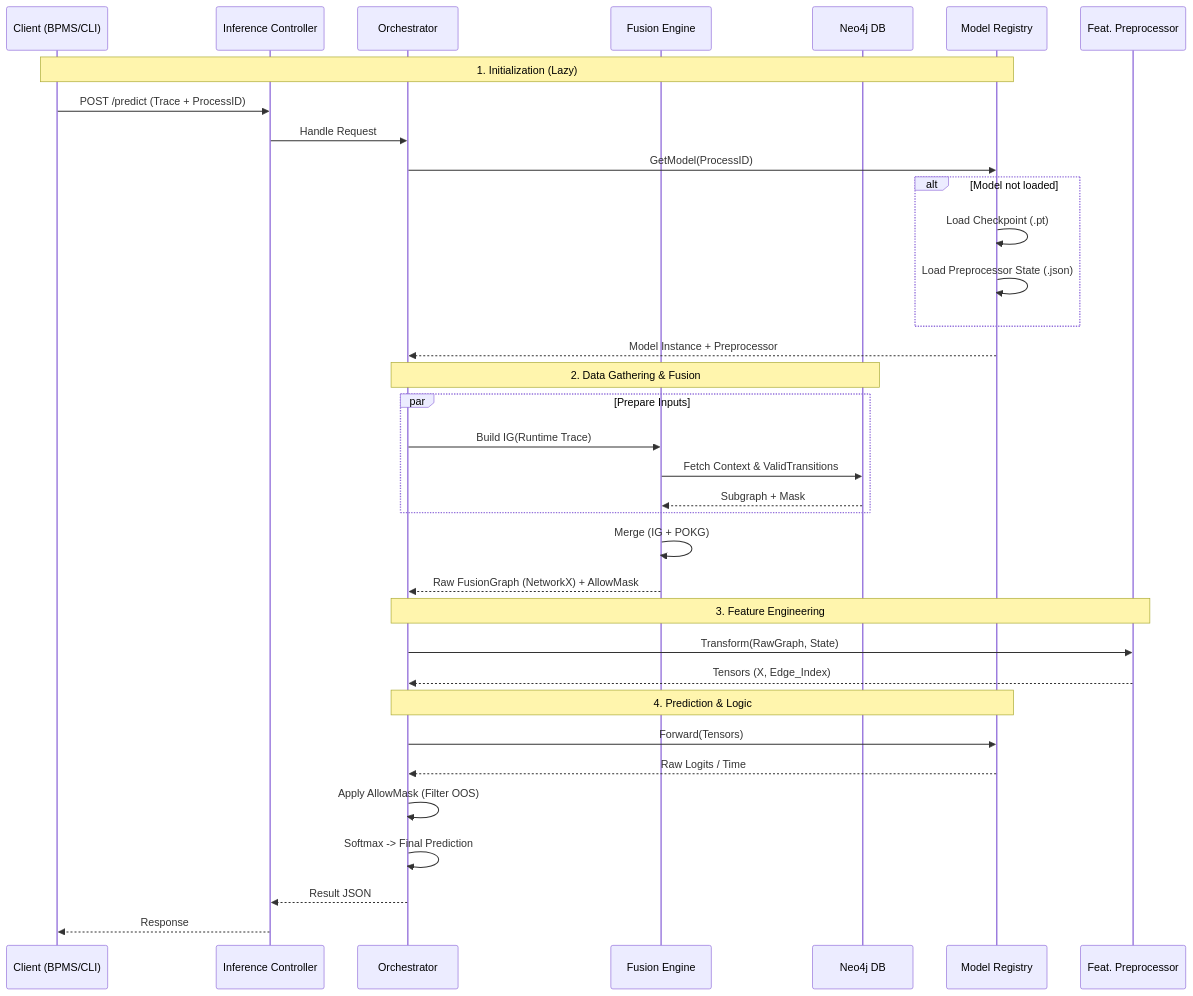
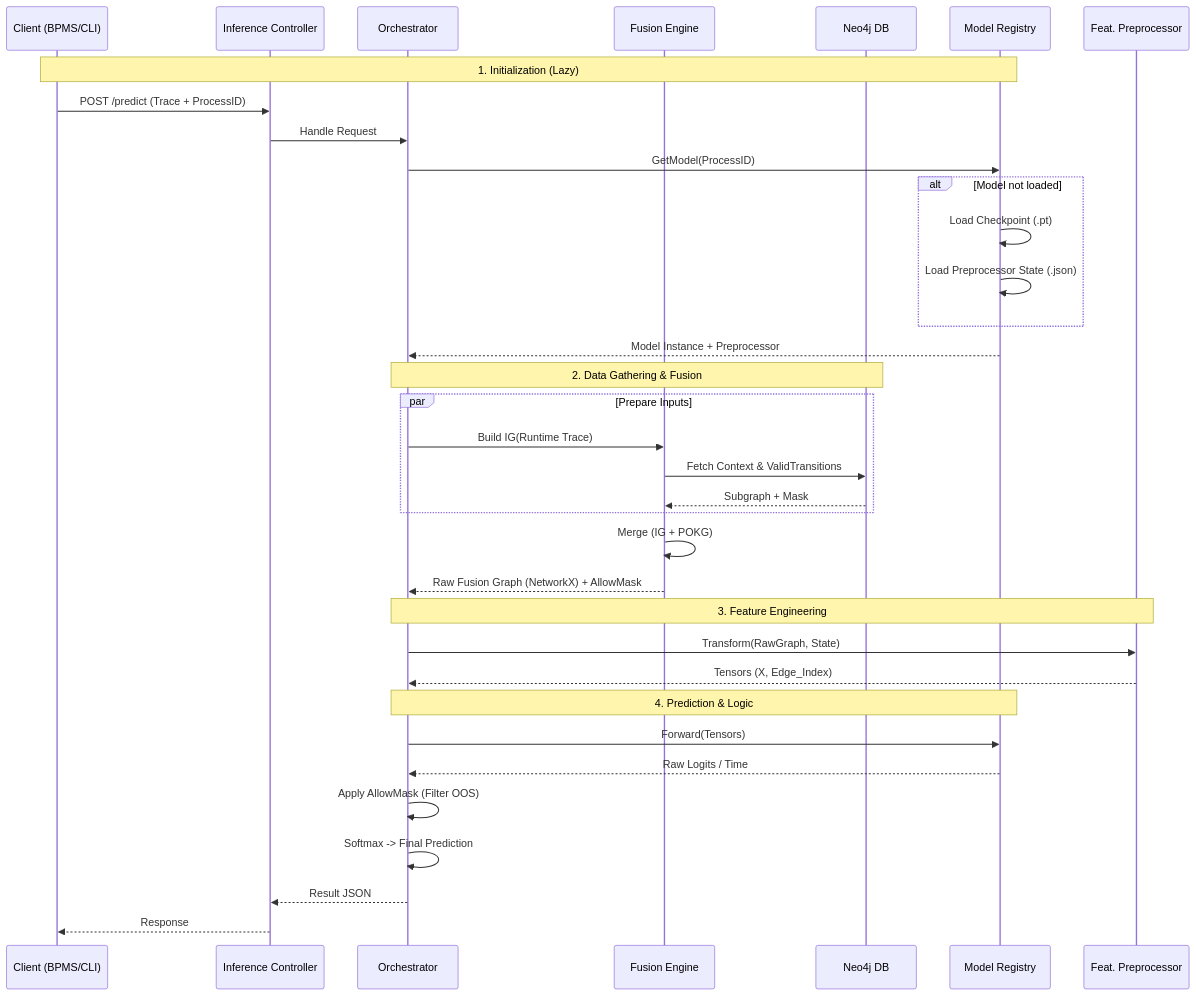
Before and after one commit to ghsrg/bpm_prediction: the second of 2 diagrams in ARCHITECTURE.MD, drawn with Mermaid. The commit also changed 4 other files, not shown here.

````diff
--- a/ARCHITECTURE.MD
+++ b/ARCHITECTURE.MD
@@ -158,45 +158,45 @@
 ```mermaid
 sequenceDiagram
     participant Client as Client (BPMS/CLI)
     participant Ctrl as Inference Controller
     participant Orch as Orchestrator
     participant Fusion as Fusion Engine
     participant Neo4j as Neo4j DB
     participant Reg as Model Registry
     participant Feat as Feat. Preprocessor
 
     Note over Client, Reg: 1. Initialization (Lazy)
     Client->>Ctrl: POST /predict (Trace + ProcessID)
     Ctrl->>Orch: Handle Request
     
     Orch->>Reg: GetModel(ProcessID)
     alt Model not loaded
         Reg->>Reg: Load Checkpoint (.pt)
         Reg->>Reg: Load Preprocessor State (.json)
     end
     Reg-->>Orch: Model Instance + Preprocessor
     
     Note over Orch, Neo4j: 2. Data Gathering & Fusion
     par Prepare Inputs
         Orch->>Fusion: Build IG(Runtime Trace)
         Fusion->>Neo4j: Fetch Context & ValidTransitions
         Neo4j-->>Fusion: Subgraph + Mask
     end
     
     Fusion->>Fusion: Merge (IG + POKG)
-    Fusion-->>Orch: Raw FusionGraph (NetworkX) + AllowMask
+    Fusion-->>Orch: Raw Fusion Graph (NetworkX) + AllowMask
     
     Note over Orch, Feat: 3. Feature Engineering
     Orch->>Feat: Transform(RawGraph, State)
     Feat-->>Orch: Tensors (X, Edge_Index)
     
     Note over Orch, Reg: 4. Prediction & Logic
     Orch->>Reg: Forward(Tensors)
     Reg-->>Orch: Raw Logits / Time
     
     Orch->>Orch: Apply AllowMask (Filter OOS)
     Orch->>Orch: Softmax -> Final Prediction
     
     Orch-->>Ctrl: Result JSON
     Ctrl-->>Client: Response
 ```
````
